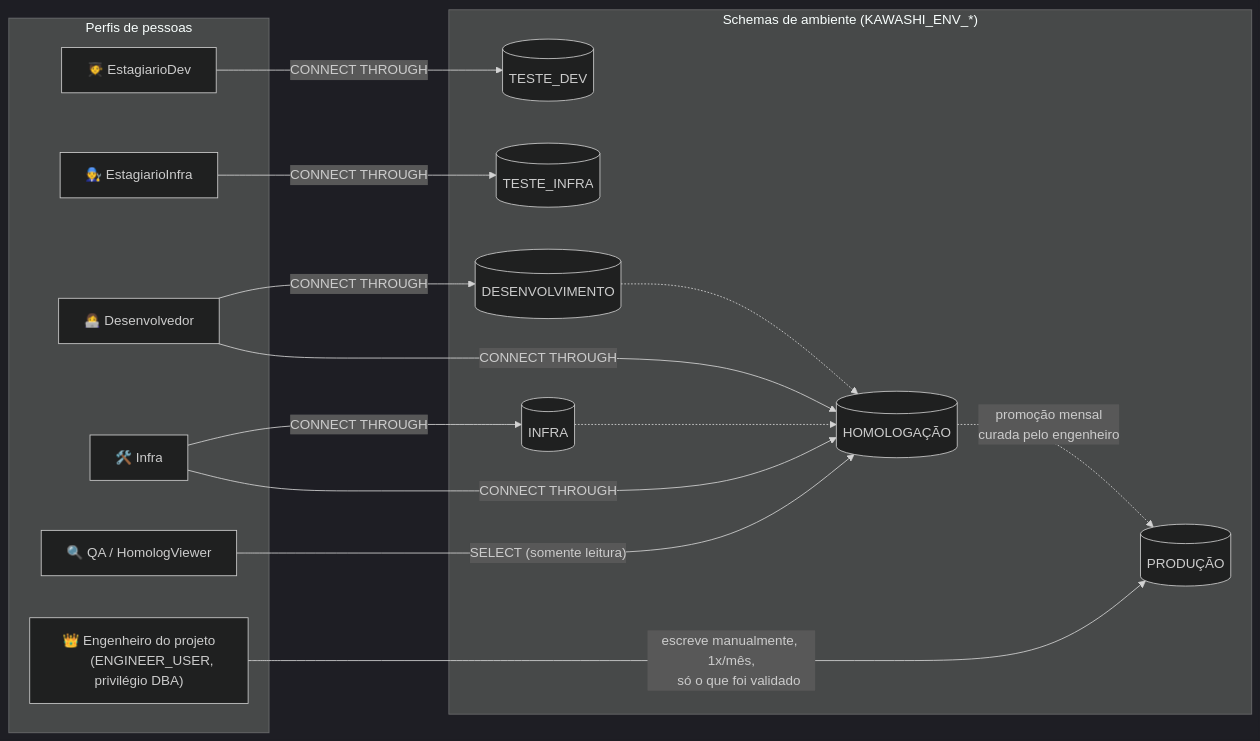
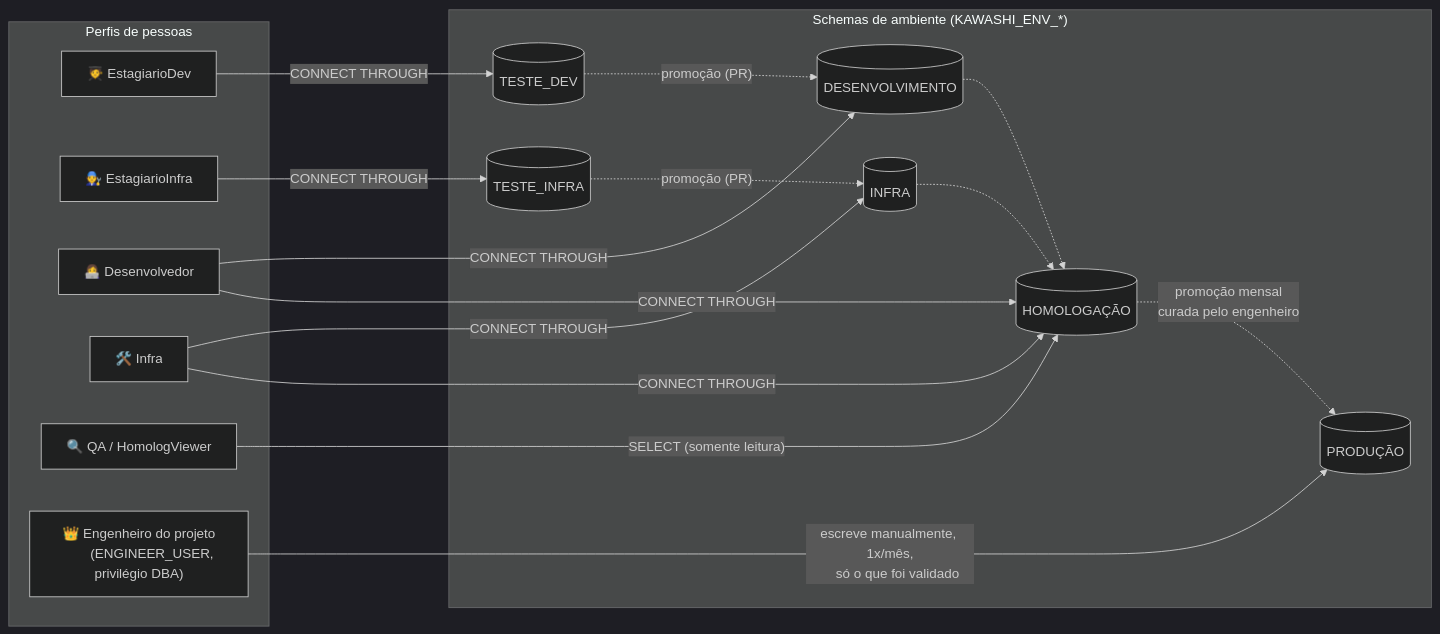
Before and after one commit to caioteixeir4/regras-banco-usp: the second of 5 diagrams in infra/docs/arquitetura.md, drawn with Mermaid (dark theme). The commit also changed other lines of this file and 6 other files, not shown here.

````diff
--- a/infra/docs/arquitetura.md
+++ b/infra/docs/arquitetura.md
@@ -55,36 +55,38 @@
 ```mermaid
 flowchart LR
     subgraph Pessoas["Perfis de pessoas"]
         EstagiarioDev["🧑‍🎓 EstagiarioDev"]
         EstagiarioInfra["🧑‍🔧 EstagiarioInfra"]
         Desenvolvedor["👩‍💻 Desenvolvedor"]
         Infra["🛠️ Infra"]
         QA["🔍 QA / HomologViewer"]
         Engenheiro["👑 Engenheiro do projeto
         (ENGINEER_USER, privilégio DBA)"]
     end
 
     subgraph Ambientes["Schemas de ambiente (KAWASHI_ENV_*)"]
         TesteDev[("TESTE_DEV")]
         TesteInfra[("TESTE_INFRA")]
         Dev[("DESENVOLVIMENTO")]
         InfraEnv[("INFRA")]
         Homolog[("HOMOLOGAÇÃO")]
         Prod[("PRODUÇÃO")]
     end
 
     EstagiarioDev -- "CONNECT THROUGH" --> TesteDev
     EstagiarioInfra -- "CONNECT THROUGH" --> TesteInfra
     Desenvolvedor -- "CONNECT THROUGH" --> Dev
     Desenvolvedor -- "CONNECT THROUGH" --> Homolog
     Infra -- "CONNECT THROUGH" --> InfraEnv
     Infra -- "CONNECT THROUGH" --> Homolog
     QA -- "SELECT (somente leitura)" --> Homolog
     Engenheiro -- "escreve manualmente, 1x/mês,
     só o que foi validado" --> Prod
 
+    TesteDev -. "promoção (PR)" .-> Dev
+    TesteInfra -. "promoção (PR)" .-> InfraEnv
     Dev -.-> Homolog
     InfraEnv -.-> Homolog
     Homolog -. "promoção mensal
     curada pelo engenheiro" .-> Prod
 ```
````
